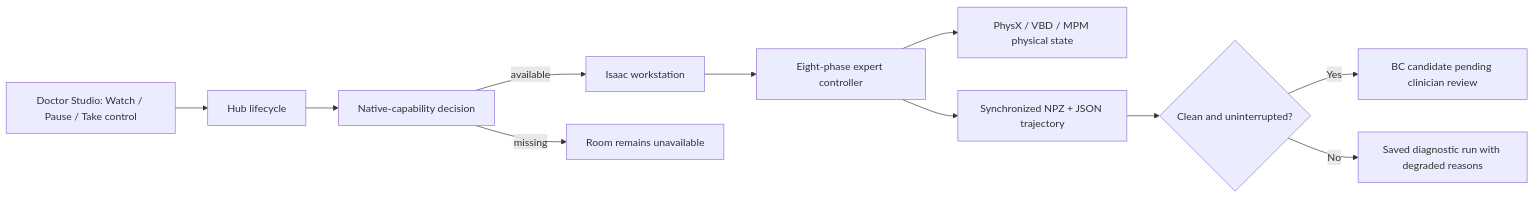
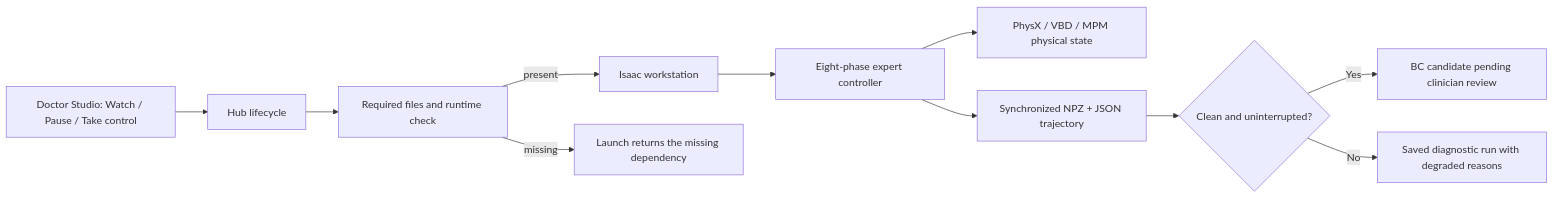
One commit to Numi2/drAnmar changed the diagram in docs/ARCHITECTURE.md. Above: the diagram before and after it, drawn with Mermaid. The commit also changed other lines of this file and 17 other files, not shown here.

````diff
--- a/docs/ARCHITECTURE.md
+++ b/docs/ARCHITECTURE.md
@@ -52,13 +52,13 @@
 ```mermaid
 flowchart LR
     A["Doctor Studio: Watch / Pause / Take control"] --> B["Hub lifecycle"]
-    B --> C["Native-capability decision"]
-    C -->|available| D["Isaac workstation"]
-    C -->|missing| J["Room remains unavailable"]
+    B --> C["Required files and runtime check"]
+    C -->|present| D["Isaac workstation"]
+    C -->|missing| J["Launch returns the missing dependency"]
     D --> E["Eight-phase expert controller"]
     E --> K["PhysX / VBD / MPM physical state"]
     E --> F["Synchronized NPZ + JSON trajectory"]
     F --> G{"Clean and uninterrupted?"}
     G -->|Yes| H["BC candidate pending clinician review"]
     G -->|No| I["Saved diagnostic run with degraded reasons"]
 ```
````
